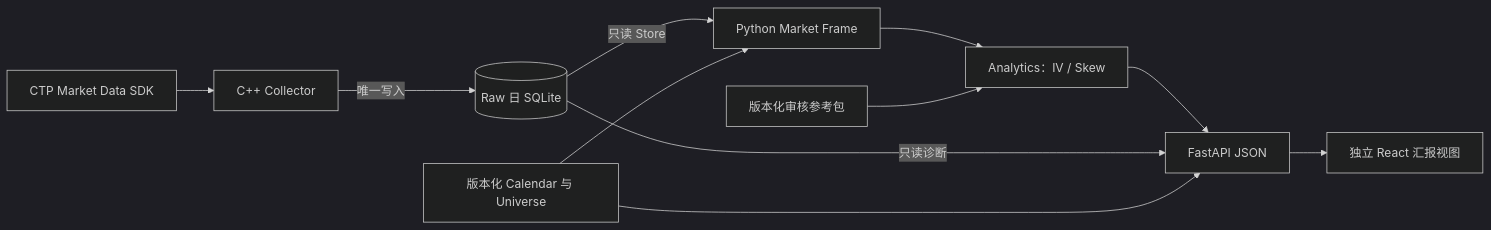
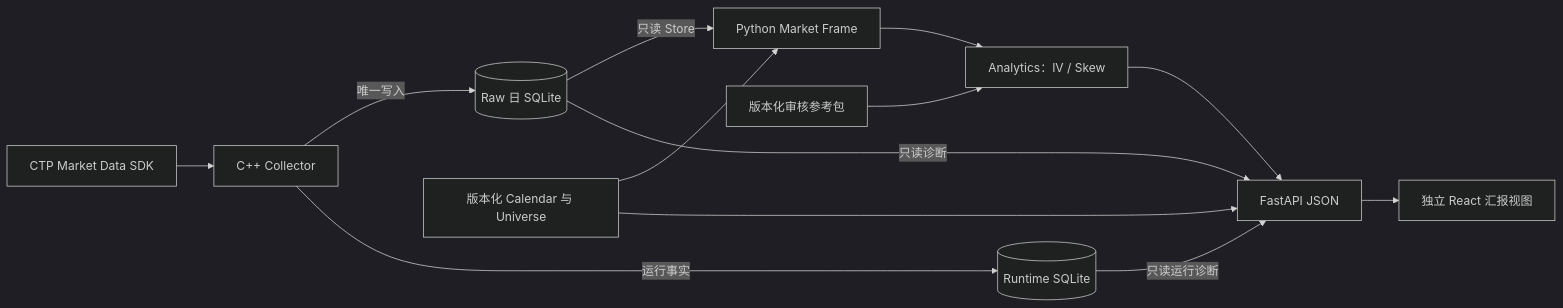
The diagram in ARCHITECTURE.md (ougachakaaa/derivatives_monitor), drawn with Mermaid (dark theme) before and after one commit. The commit also changed other lines of this file and 50 other files, not shown here.

First line of the commit message:
feat(collector): persist runtime status in dedicated SQLite database

````diff
--- a/ARCHITECTURE.md
+++ b/ARCHITECTURE.md
@@ -7,13 +7,15 @@
 ```mermaid
 flowchart LR
     CTP[CTP Market Data SDK] --> C[C++ Collector]
     C -->|唯一写入| RAW[(Raw 日 SQLite)]
+    C -->|运行事实| RT[(Runtime SQLite)]
     RAW -->|只读 Store| MS[Python Market Frame]
     CAL[版本化 Calendar 与 Universe] --> MS
     MS --> A[Analytics：IV / Skew]
     REF[版本化审核参考包] --> A
     A --> API[FastAPI JSON]
     RAW -->|只读诊断| API
+    RT -->|只读运行诊断| API
     CAL --> API
     API --> UI[独立 React 汇报视图]
 ```
````
